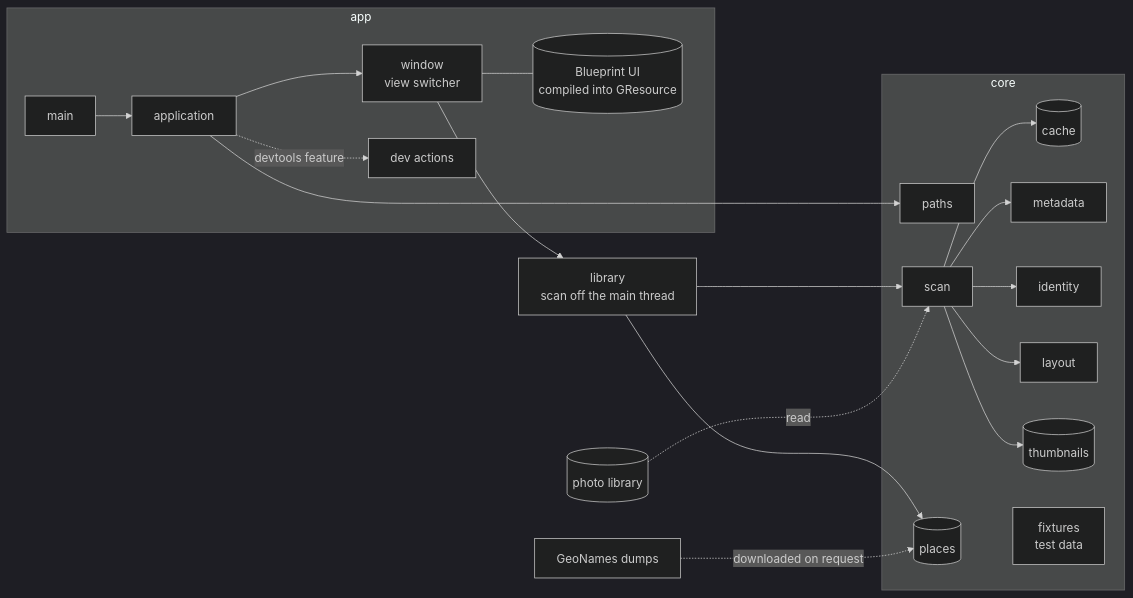
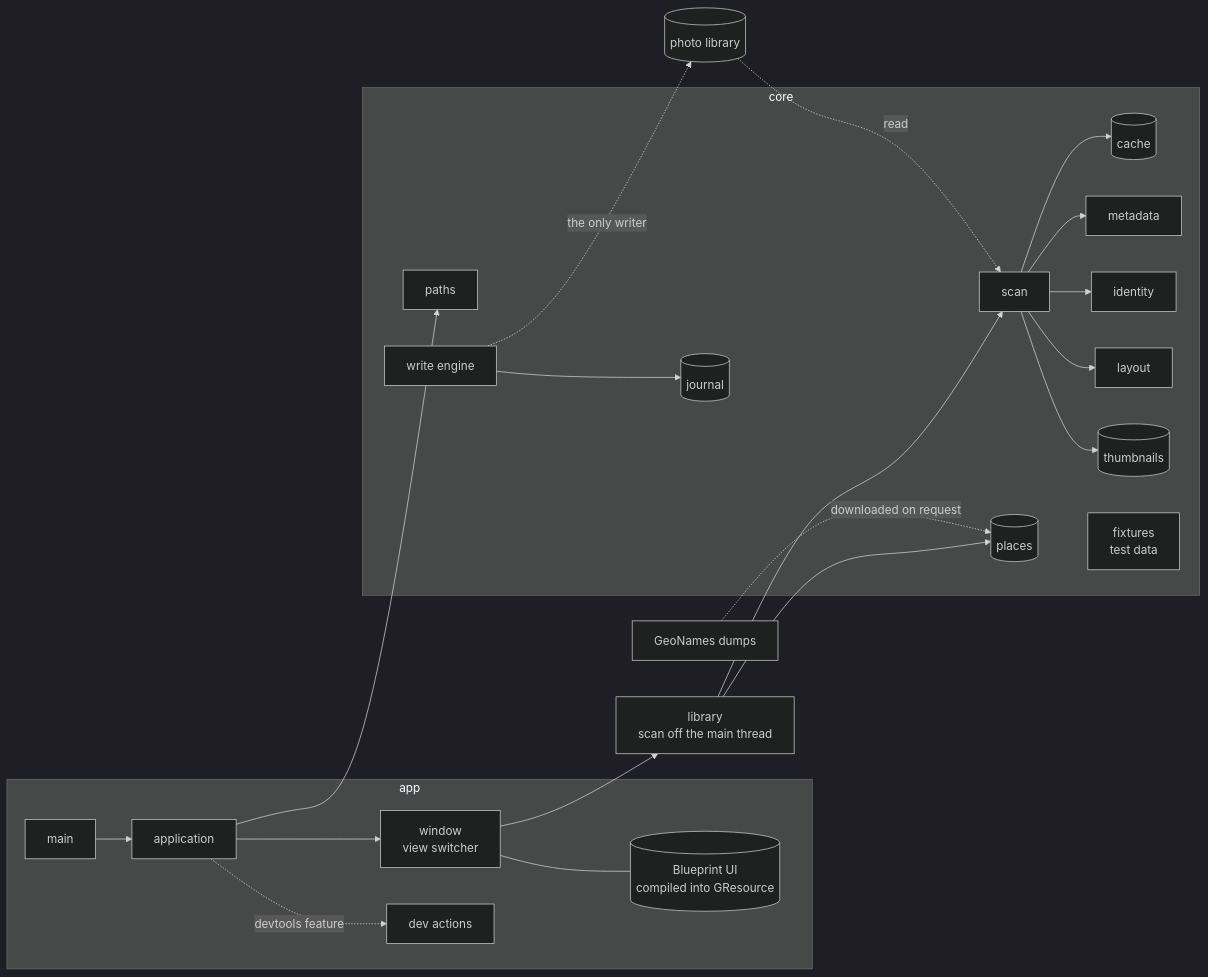
Before and after one commit to xuedi/photoManager: the diagram in docs/overview.md, drawn with Mermaid (dark theme). The commit also changed other lines of this file and 3 other files, not shown here.

Commit message:
document the write engine

````diff
--- a/docs/overview.md
+++ b/docs/overview.md
@@ -5,25 +5,27 @@
 ```mermaid
 flowchart LR
     subgraph app [app]
         main[main] --> application
         application --> window[window<br/>view switcher]
         application -. devtools feature .-> devtools[dev actions]
         window --- blueprint[(Blueprint UI<br/>compiled into GResource)]
     end
     subgraph core [core]
         paths
         scan --> cache[(cache)]
         scan --> metadata
         scan --> identity
         scan --> layout
         scan --> thumbs[(thumbnails)]
         geo[(places)]
+        write[write engine] --> journal[(journal)]
         fixtures[fixtures<br/>test data]
     end
     application --> paths
     window --> library[library<br/>scan off the main thread]
     library --> scan
     library --> geo
     photos[(photo library)] -. read .-> scan
+    write -. the only writer .-> photos
     geonames[GeoNames dumps] -. downloaded on request .-> geo
 ```
````
